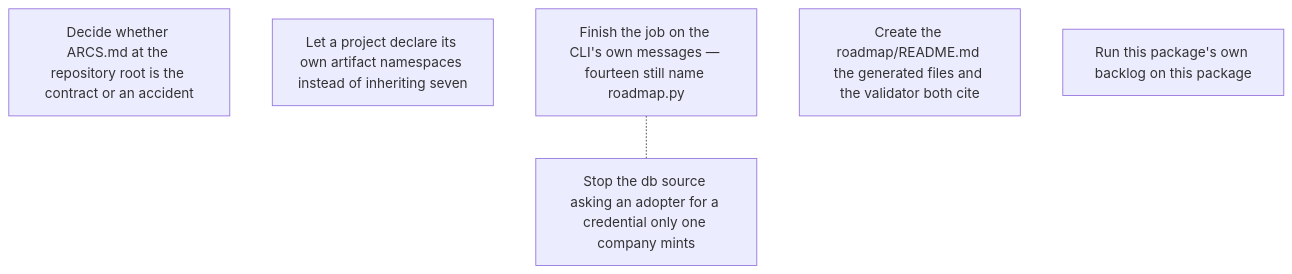
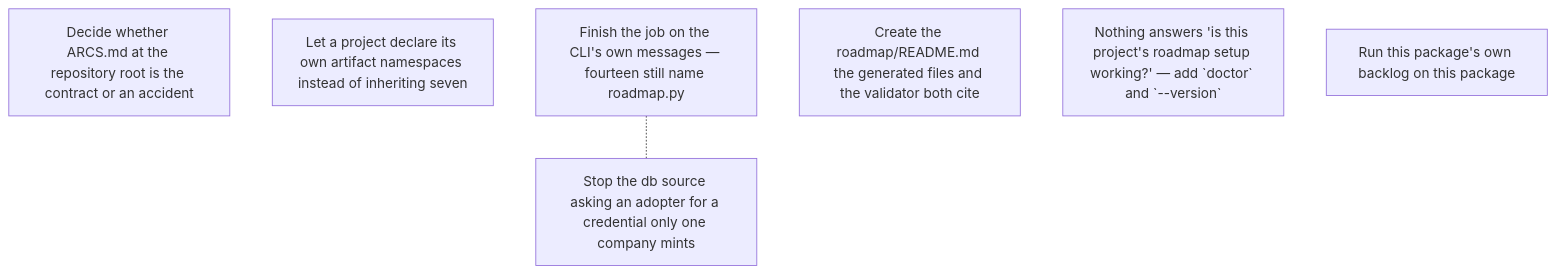
Before and after one commit to gald33/roadmap-core: the diagram in roadmap/ROADMAP.md, drawn with Mermaid. The commit also changed other lines of this file and 5 other files, not shown here.

````diff
--- a/roadmap/ROADMAP.md
+++ b/roadmap/ROADMAP.md
@@ -37,10 +41,11 @@
 ```mermaid
 graph TD
   arcs_md_path_is_not_configurable["Decide whether ARCS.md at the repository root is the contract or an accident"]
   artifact_namespaces_are_one_projects["Let a project declare its own artifact namespaces instead of inheriting seven"]
   cli_messages_name_a_script_that_does_not_exist["Finish the job on the CLI's own messages — fourteen still name roadmap.py"]
   credential_error_names_one_repos_secret["Stop the db source asking an adopter for a credential only one company mints"]
   generated_file_points_at_an_uncreated_readme["Create the roadmap/README.md the generated files and the validator both cite"]
+  nothing_tells_an_adopter_their_setup_is_broken["Nothing answers 'is this project's roadmap setup working?' — add `doctor` and `--version`"]
   roadmap_core_runs_its_own_roadmap["Run this package's own backlog on this package"]
   cli_messages_name_a_script_that_does_not_exist -.- credential_error_names_one_repos_secret
 ```
````
